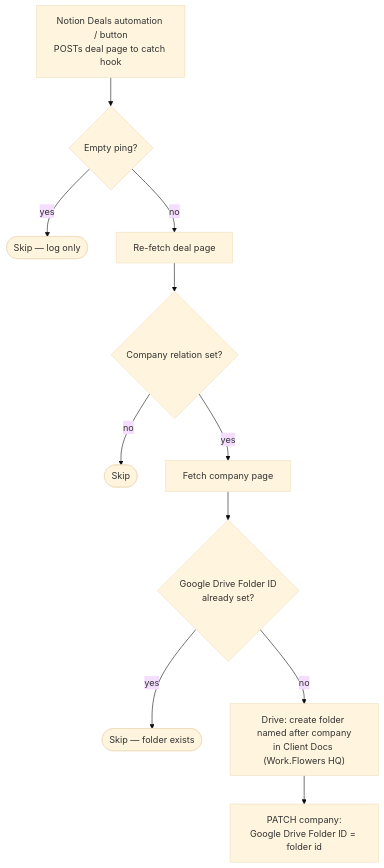
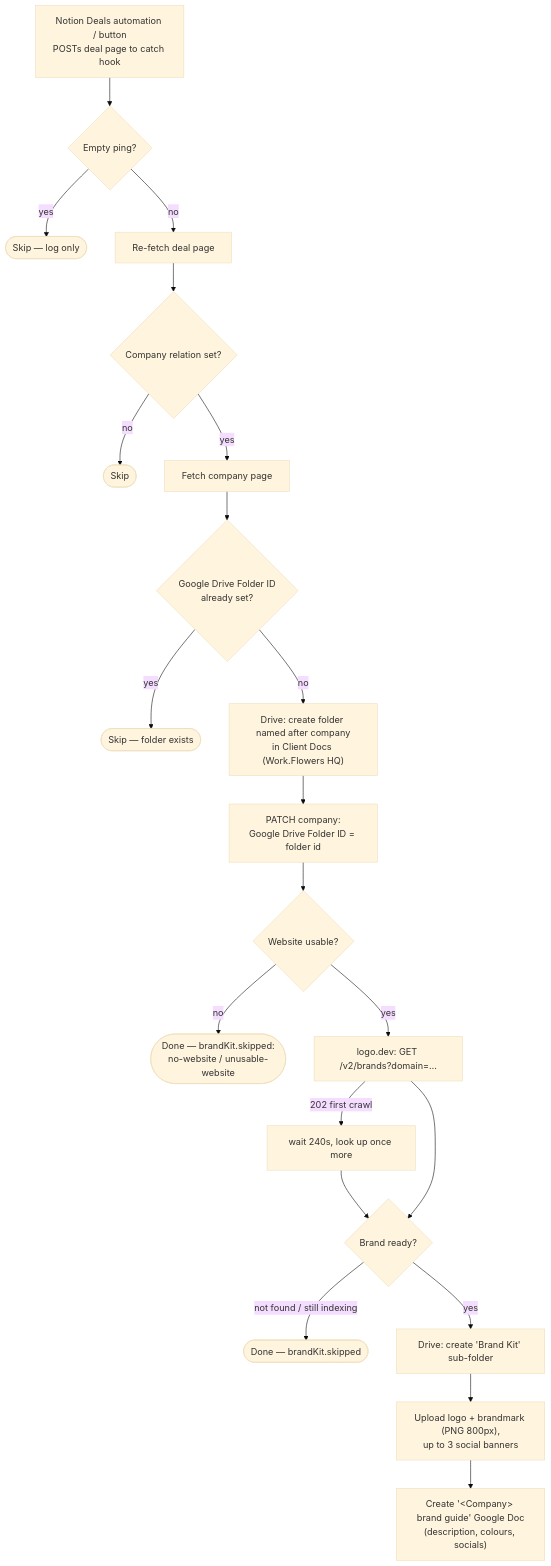
The diagram in deal-to-client-drive-folder/README.md (work-flowers/zapier-sdk), drawn with Mermaid (base theme) before and after one commit. The commit also changed other lines of this file and 3 other files, not shown here.

First line of the commit message:
deal-to-client-drive-folder: save a Logo.dev brand kit into the new client folder

````diff
--- a/deal-to-client-drive-folder/README.md
+++ b/deal-to-client-drive-folder/README.md
@@ -18,13 +19,23 @@
 ```mermaid
 flowchart TD
     A["Notion Deals automation / button<br/>POSTs deal page to catch hook"] --> B{"Empty ping?"}
     B -- yes --> S1(["Skip — log only"])
     B -- no --> C["Re-fetch deal page"]
     C --> D{"Company relation set?"}
     D -- no --> S2(["Skip"])
     D -- yes --> E["Fetch company page"]
     E --> F{"Google Drive Folder ID<br/>already set?"}
     F -- yes --> S3(["Skip — folder exists"])
     F -- no --> G["Drive: create folder named after company<br/>in Client Docs (Work.Flowers HQ)"]
     G --> H["PATCH company:<br/>Google Drive Folder ID = folder id"]
+    H --> I{"Website usable?"}
+    I -- no --> R1(["Done — brandKit.skipped:<br/>no-website / unusable-website"])
+    I -- yes --> J["logo.dev: GET /v2/brands?domain=…"]
+    J -- "202 first crawl" --> W["wait 240s, look up once more"]
+    W --> K
+    J --> K{"Brand ready?"}
+    K -- "not found / still indexing" --> R2(["Done — brandKit.skipped"])
+    K -- yes --> L["Drive: create 'Brand Kit' sub-folder"]
+    L --> M["Upload logo + brandmark (PNG 800px),<br/>up to 3 social banners"]
+    M --> N["Create '&lt;Company&gt; brand guide' Google Doc<br/>(description, colours, socials)"]
 ```
````
